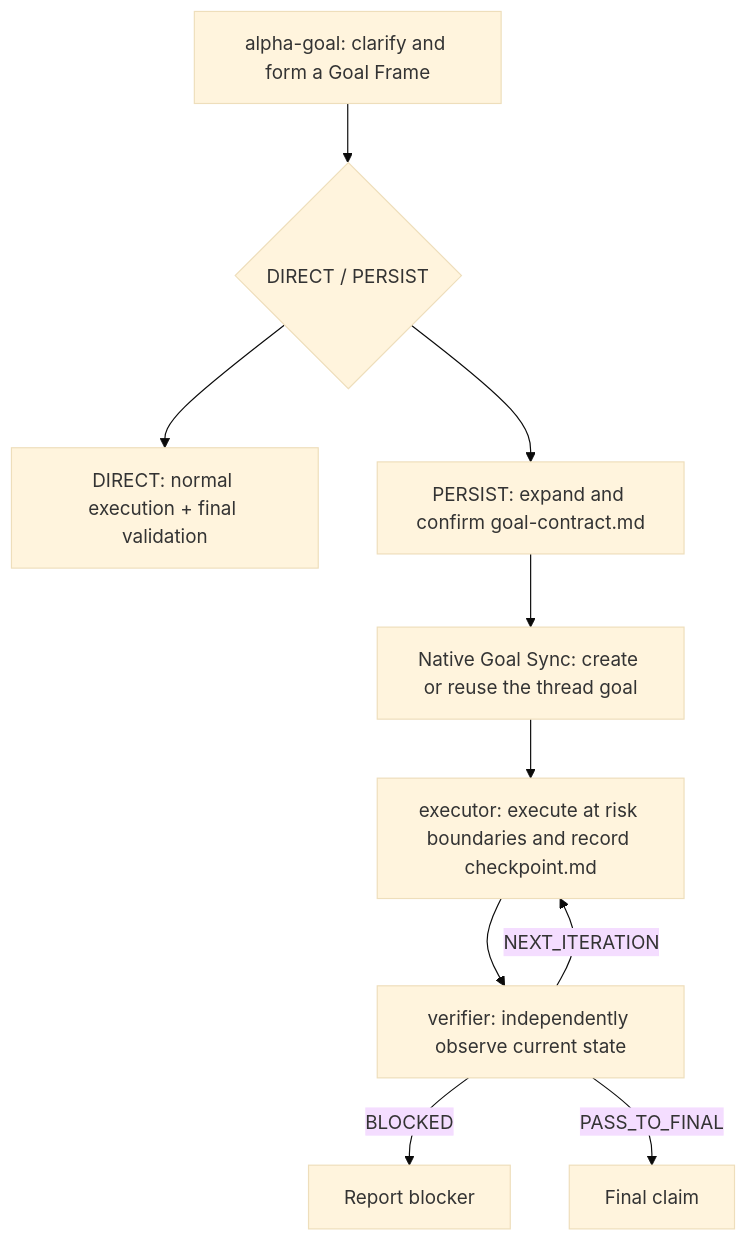
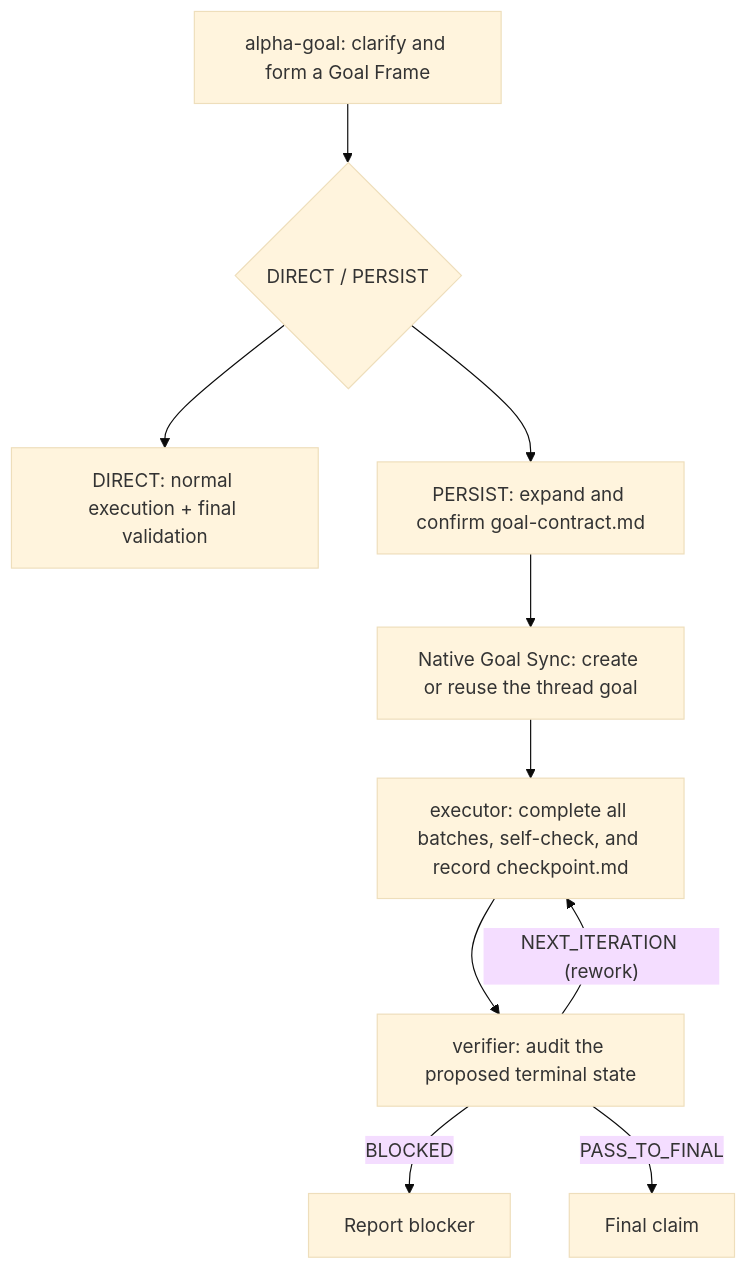
The diagram in README.en.md (azhonglee/alpha-goal), drawn with Mermaid (base theme) before and after one commit. The commit also changed other lines of this file and 15 other files, not shown here.

First line of the commit message:
Simplify executor and verifier protocols (#76)

````diff
--- a/README.en.md
+++ b/README.en.md
@@ -42,12 +42,12 @@
 ```mermaid
 flowchart TD
   A["alpha-goal: clarify and form a Goal Frame"] --> R{"DIRECT / PERSIST"}
   R --> D["DIRECT: normal execution + final validation"]
   R --> P["PERSIST: expand and confirm goal-contract.md"]
   P --> S["Native Goal Sync: create or reuse the thread goal"]
-  S --> E["executor: execute at risk boundaries and record checkpoint.md"]
-  E --> V["verifier: independently observe current state"]
-  V -->|"NEXT_ITERATION"| E
+  S --> E["executor: complete all batches, self-check, and record checkpoint.md"]
+  E --> V["verifier: audit the proposed terminal state"]
+  V -->|"NEXT_ITERATION (rework)"| E
   V -->|"BLOCKED"| B["Report blocker"]
   V -->|"PASS_TO_FINAL"| F["Final claim"]
 ```
````
